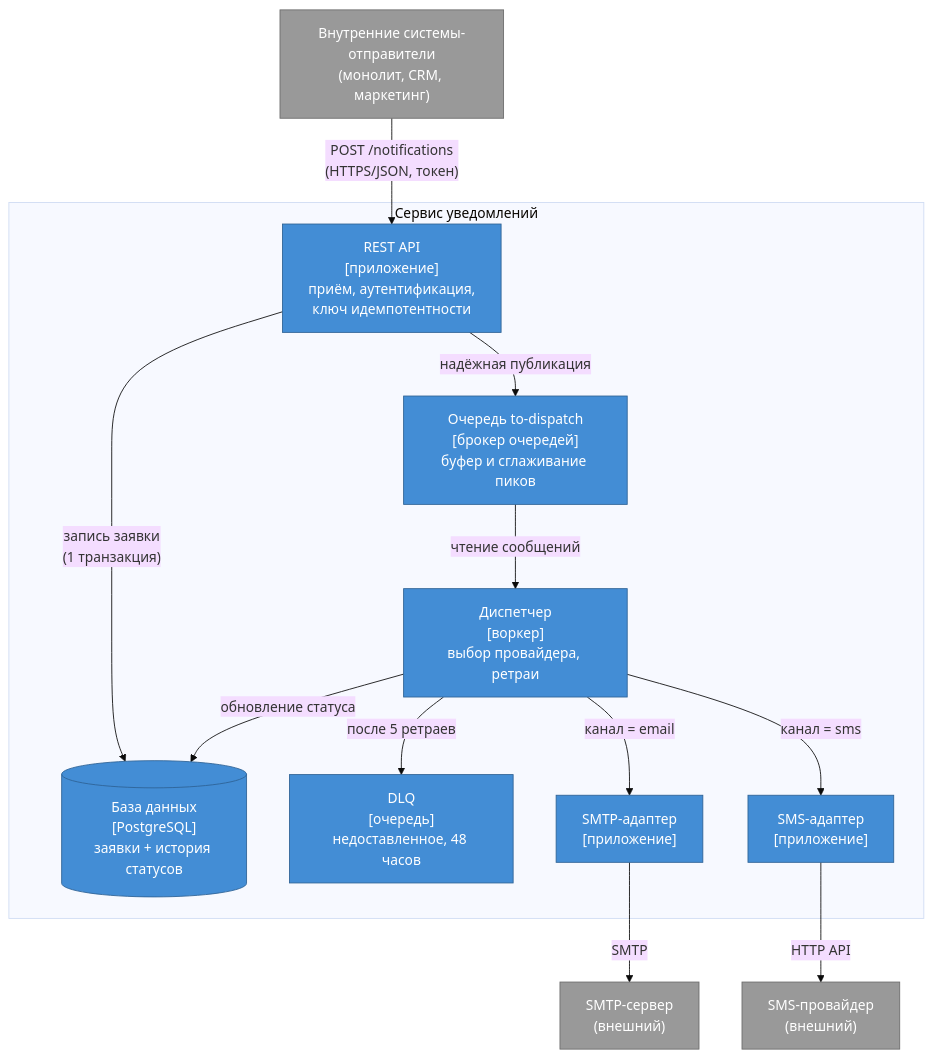
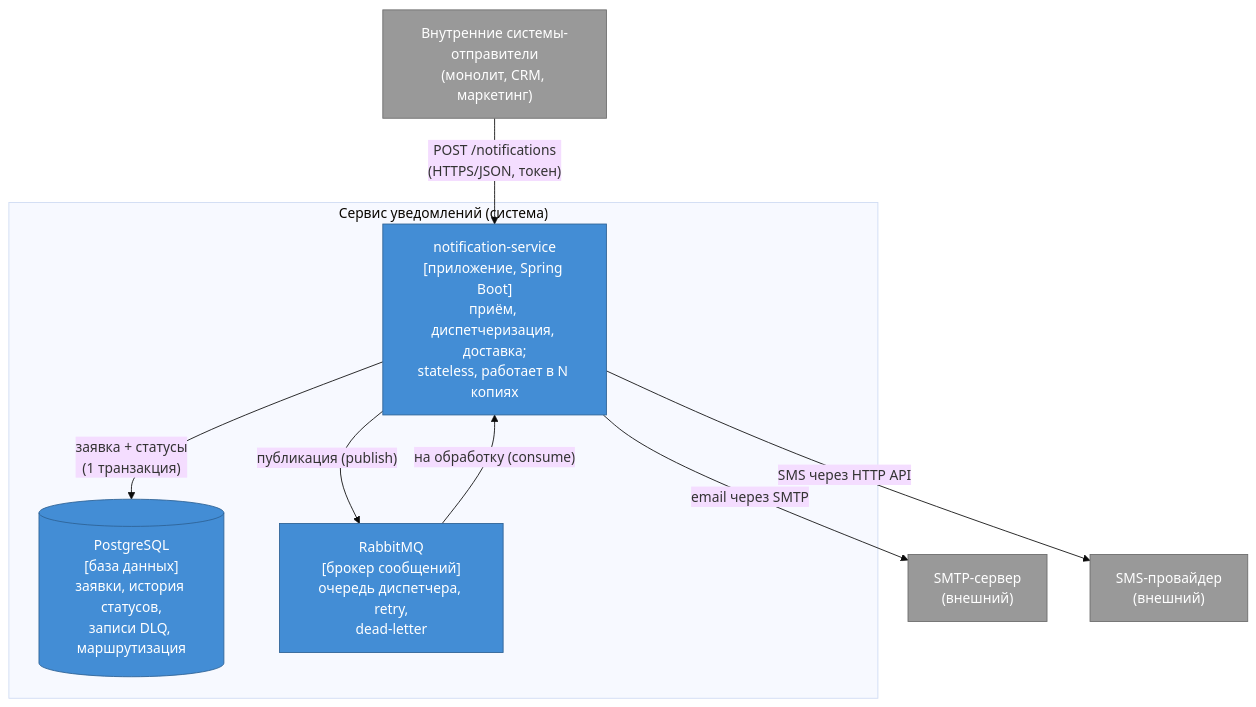
Before and after one commit to sproshchaev/otus-msa-notification-service: the diagram in docs/views/c4-container.md, drawn with Mermaid (base theme). The commit also changed other lines of this file and 3 other files, not shown here.

````diff
--- a/docs/views/c4-container.md
+++ b/docs/views/c4-container.md
@@ -7,34 +7,25 @@
 ```mermaid
 flowchart TB
     senders["Внутренние системы-отправители<br/>(монолит, CRM, маркетинг)"]
 
-    subgraph ns["Сервис уведомлений"]
-        api["REST API<br/>[приложение]<br/>приём, аутентификация,<br/>ключ идемпотентности"]
-        db[("База данных<br/>[PostgreSQL]<br/>заявки + история статусов")]
-        q["Очередь to-dispatch<br/>[брокер очередей]<br/>буфер и сглаживание пиков"]
-        disp["Диспетчер<br/>[воркер]<br/>выбор провайдера, ретраи"]
-        dlq["DLQ<br/>[очередь]<br/>недоставленное, 48 часов"]
-        smtpad["SMTP-адаптер<br/>[приложение]"]
-        smsad["SMS-адаптер<br/>[приложение]"]
+    subgraph ns["Сервис уведомлений (система)"]
+        app["notification-service<br/>[приложение, Spring Boot]<br/>приём, диспетчеризация, доставка;<br/>stateless, работает в N копиях"]
+        db[("PostgreSQL<br/>[база данных]<br/>заявки, история статусов,<br/>записи DLQ, маршрутизация")]
+        mq["RabbitMQ<br/>[брокер сообщений]<br/>очередь диспетчера, retry,<br/>dead-letter"]
     end
 
     smtp["SMTP-сервер<br/>(внешний)"]
     sms["SMS-провайдер<br/>(внешний)"]
 
-    senders -->|"POST /notifications<br/>(HTTPS/JSON, токен)"| api
-    api -->|"запись заявки<br/>(1 транзакция)"| db
-    api -->|"надёжная публикация"| q
-    q -->|"чтение сообщений"| disp
-    disp -->|"после 5 ретраев"| dlq
-    disp -->|"обновление статуса"| db
-    disp -->|"канал = email"| smtpad
-    disp -->|"канал = sms"| smsad
-    smtpad -->|"SMTP"| smtp
-    smsad -->|"HTTP API"| sms
+    senders -->|"POST /notifications<br/>(HTTPS/JSON, токен)"| app
+    app -->|"заявка + статусы<br/>(1 транзакция)"| db
+    app -->|"публикация (publish)"| mq
+    mq -->|"на обработку (consume)"| app
+    app -->|"email через SMTP"| smtp
+    app -->|"SMS через HTTP API"| sms
 
     classDef container fill:#438dd5,stroke:#2e6295,color:#ffffff;
     classDef external fill:#999999,stroke:#6b6b6b,color:#ffffff;
-    class api,q,disp,dlq,smtpad,smsad container;
-    class db container;
+    class app,db,mq container;
     class senders,smtp,sms external;
 ```
````
